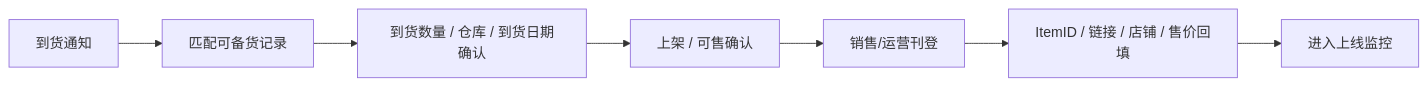
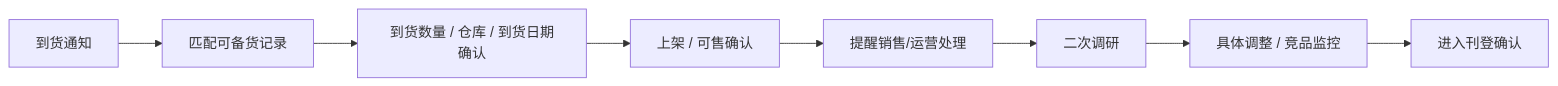
One commit to yuanZhang7777777/Southeast-Asia-New-Product-Development-Process changed the third of 5 diagrams in docs/12-新品全链路原型架构设计.md. Above: the diagram before and after it, drawn with Mermaid. The commit also changed other lines of this file and 97 other files, not shown here.

````diff
--- a/docs/12-新品全链路原型架构设计.md
+++ b/docs/12-新品全链路原型架构设计.md
@@ -144,9 +146,10 @@
 ```mermaid
 flowchart LR
   A["到货通知"] --> B["匹配可备货记录"]
   B --> C["到货数量 / 仓库 / 到货日期确认"]
   C --> D["上架 / 可售确认"]
-  D --> E["销售/运营刊登"]
-  E --> F["ItemID / 链接 / 店铺 / 售价回填"]
-  F --> G["进入上线监控"]
+  D --> E["提醒销售/运营处理"]
+  E --> F["二次调研"]
+  F --> G["具体调整 / 竞品监控"]
+  G --> H["进入刊登确认"]
 ```
````
